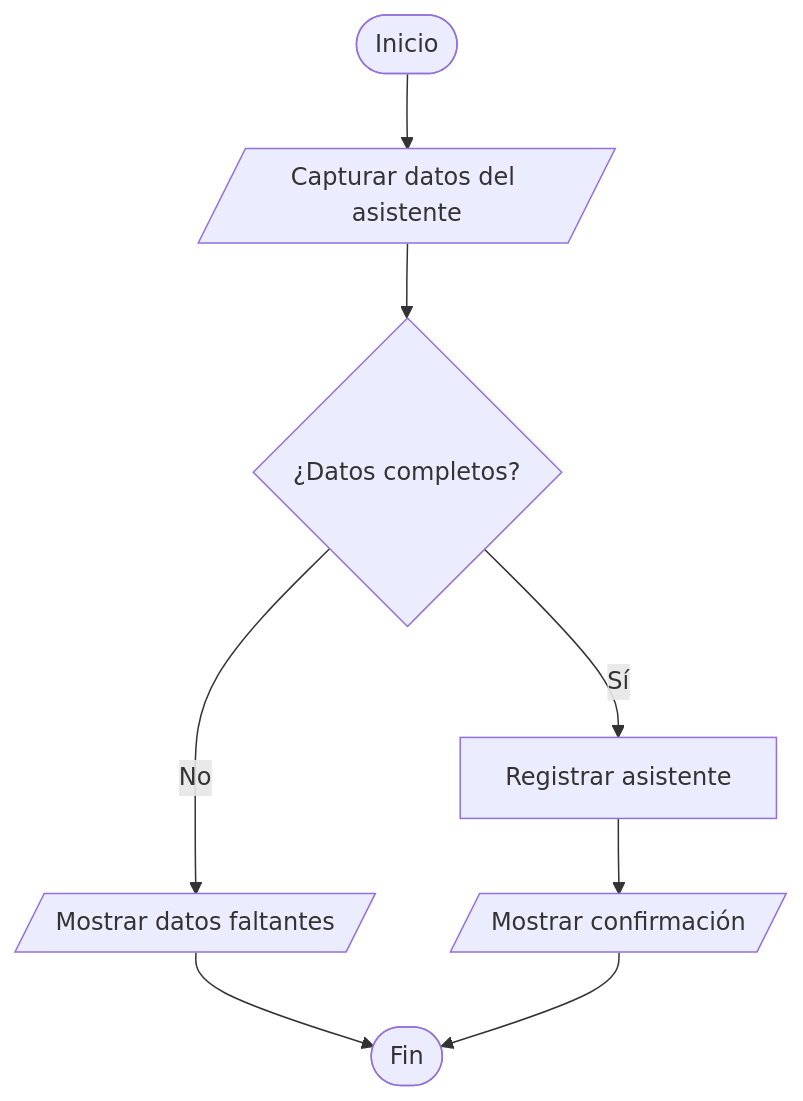
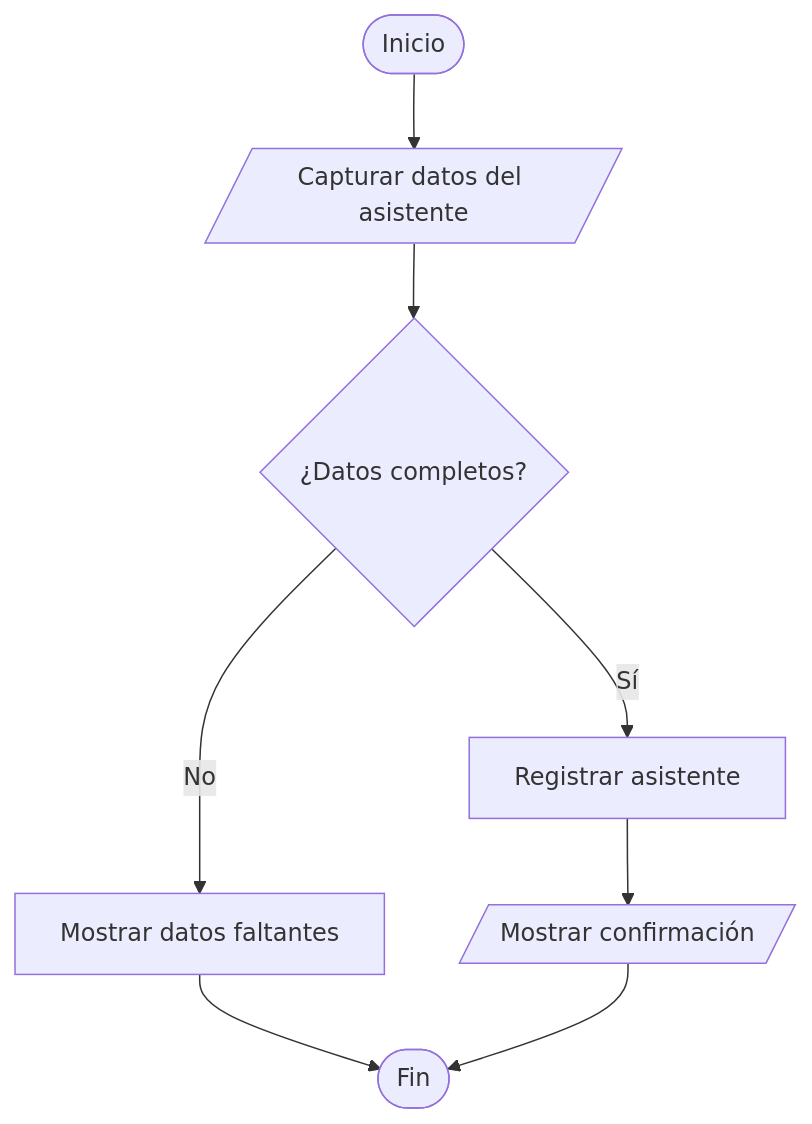
The diagram in diagramas/diagrama_flujo.md (Sergio-Becerril/SEConference), drawn with Mermaid before and after one commit.

Commit message:
fix: diagrama de flujo

````diff
--- a/diagramas/diagrama_flujo.md
+++ b/diagramas/diagrama_flujo.md
@@ -1,17 +1,17 @@
 ```mermaid
 flowchart TD
 
     A([Inicio]) --> B[/Capturar datos del asistente/]
 
     B --> C{¿Datos completos?}
 
     C -->|Sí| D[Registrar asistente]
 
     D -->F[/Mostrar confirmación/]
 
-    C -->|No| E[/Mostrar datos faltantes/]
+    C -->|No| E[Mostrar datos faltantes]
 
     E -->G([Fin])
-    
+
     F --> G
 ```
````
